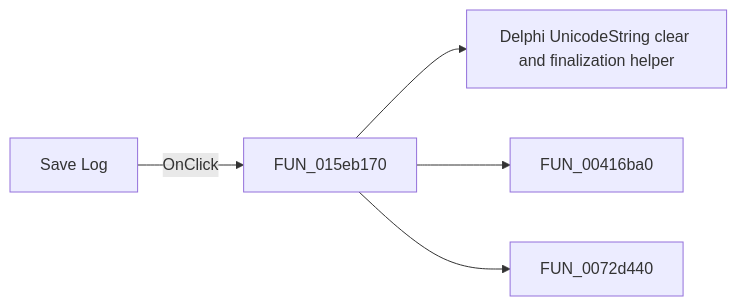
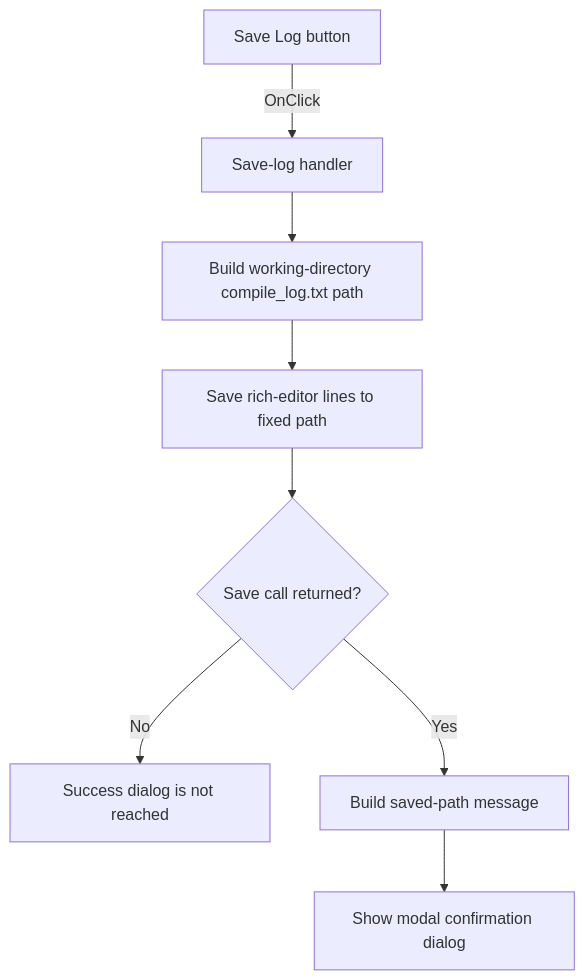
Before and after one commit to MovGP0/TIARA: the diagram in docs/ui-controls/textwindow/sbsave-81e5c56941.md, drawn with Mermaid. The commit also changed other lines of this file and 1062 other files, not shown here.

````diff
--- a/docs/ui-controls/textwindow/sbsave-81e5c56941.md
+++ b/docs/ui-controls/textwindow/sbsave-81e5c56941.md
@@ -27,7 +29,10 @@
 ```mermaid
-flowchart LR
-    control["Save Log"] -->|OnClick| handler["FUN_015eb170"]
-    handler --> call1["Delphi UnicodeString clear and finalization helper"]
-    handler --> call2["FUN_00416ba0"]
-    handler --> call3["FUN_0072d440"]
+flowchart TD
+    control["Save Log button"] -->|"OnClick"| handler["Save-log handler"]
+    handler --> path["Build working-directory compile_log.txt path"]
+    path --> save["Save rich-editor lines to fixed path"]
+    save --> returned{"Save call returned?"}
+    returned -->|"No"| noSuccess["Success dialog is not reached"]
+    returned -->|"Yes"| message["Build saved-path message"]
+    message --> dialog["Show modal confirmation dialog"]
 ```
````
